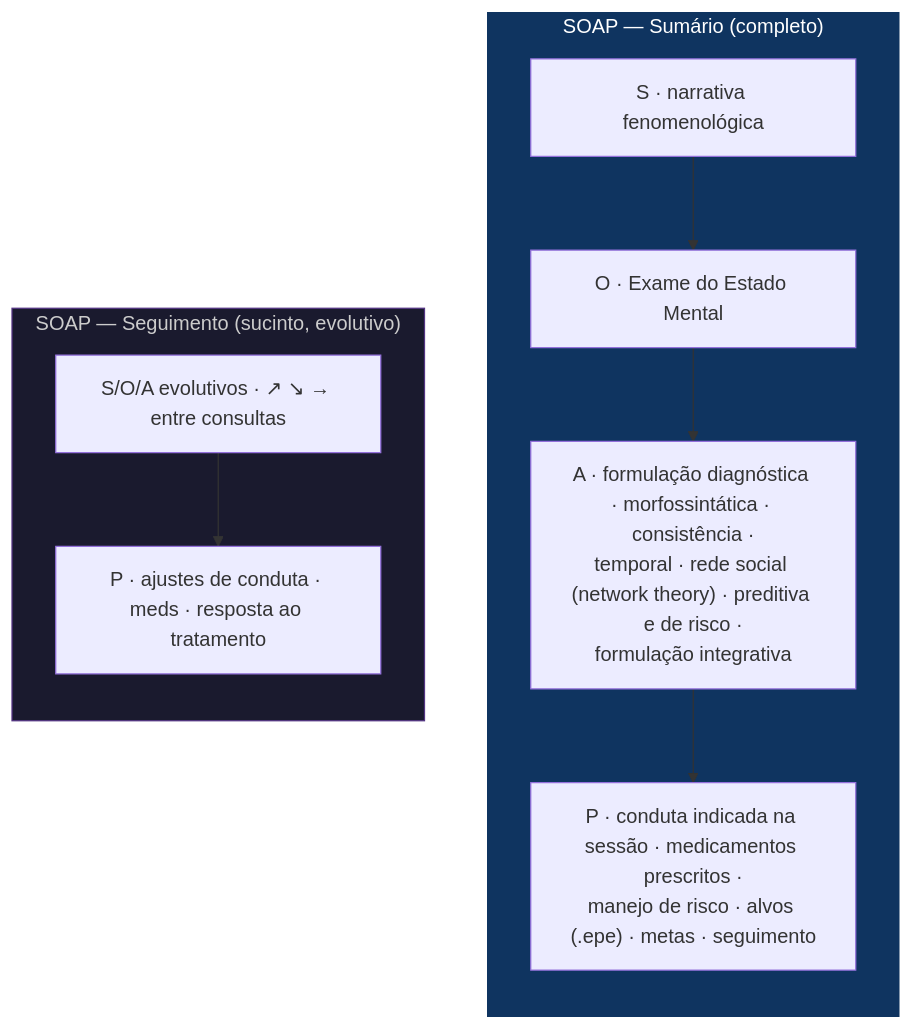
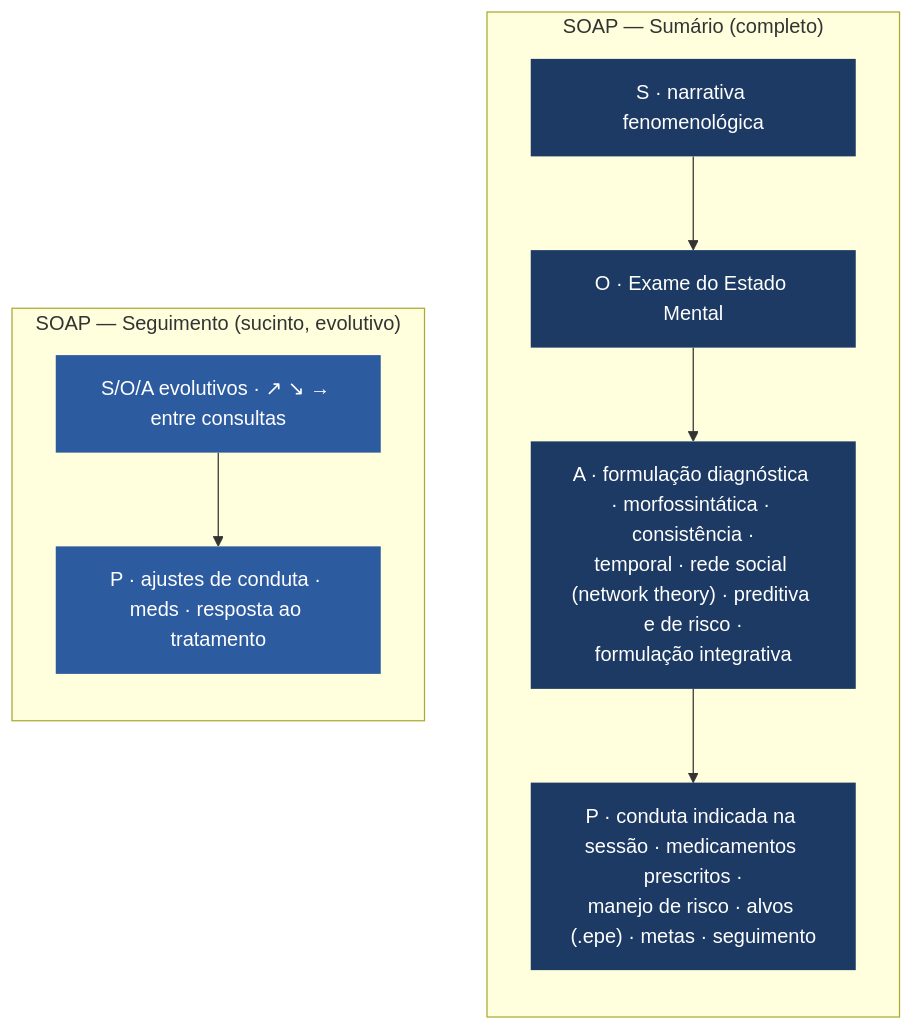
One commit to myselfgus/m changed the seventh of 13 diagrams in README.md. Above: the diagram before and after it, drawn with Mermaid. The commit also changed other lines of this file, not shown here.

First line of the commit message:
docs(readme): re-tematiza mermaids no design system + assistente, perfil, elevação

````diff
--- a/README.md
+++ b/README.md
@@ -223,19 +248,20 @@
 ```mermaid
+%%{init: {'theme':'base','themeVariables':{'fontFamily':'-apple-system,BlinkMacSystemFont,"SF Pro Text","Helvetica Neue",Arial,sans-serif','fontSize':'14px','primaryColor':'#EEF2F7','primaryTextColor':'#1C2533','lineColor':'#64748B','clusterBkg':'#F4F7FB','clusterBorder':'#94A3B8'}}}%%
 flowchart TB
     subgraph SUM["SOAP — Sumário (completo)"]
       direction TB
-      S1["S · narrativa fenomenológica"]
-      O1["O · Exame do Estado Mental"]
-      A1["A · formulação diagnóstica · morfossintática · consistência ·<br/>temporal · rede social (network theory) · preditiva e de risco ·<br/>formulação integrativa"]
-      P1["P · conduta indicada na sessão · medicamentos prescritos ·<br/>manejo de risco · alvos (.epe) · metas · seguimento"]
+      S1["S · narrativa fenomenológica"]:::sec
+      O1["O · Exame do Estado Mental"]:::sec
+      A1["A · formulação diagnóstica · morfossintática · consistência ·<br/>temporal · rede social (network theory) · preditiva e de risco ·<br/>formulação integrativa"]:::sec
+      P1["P · conduta indicada na sessão · medicamentos prescritos ·<br/>manejo de risco · alvos (.epe) · metas · seguimento"]:::sec
       S1 --> O1 --> A1 --> P1
     end
     subgraph SEG["SOAP — Seguimento (sucinto, evolutivo)"]
       direction TB
-      S2["S/O/A evolutivos · ↗ ↘ → entre consultas"]
-      P2["P · ajustes de conduta · meds · resposta ao tratamento"]
+      S2["S/O/A evolutivos · ↗ ↘ → entre consultas"]:::seg
+      P2["P · ajustes de conduta · meds · resposta ao tratamento"]:::seg
       S2 --> P2
     end
-    style SUM fill:#0f3460,color:#fff,stroke:none
-    style SEG fill:#1a1a2e,color:#ccc,stroke:#533483
+    classDef sec fill:#1C3A63,color:#fff,stroke:none
+    classDef seg fill:#2C5BA0,color:#fff,stroke:none
 ```
````
